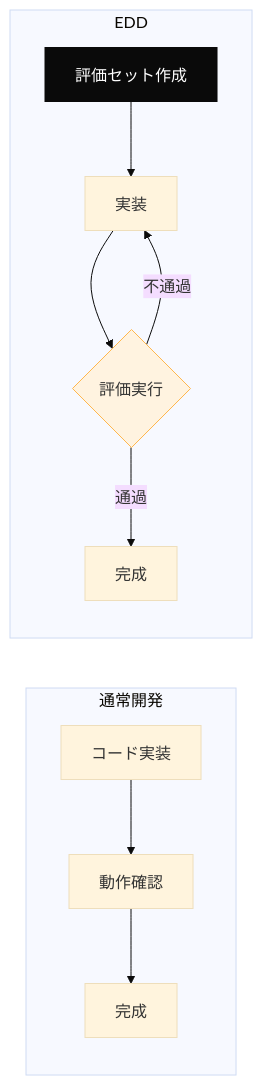
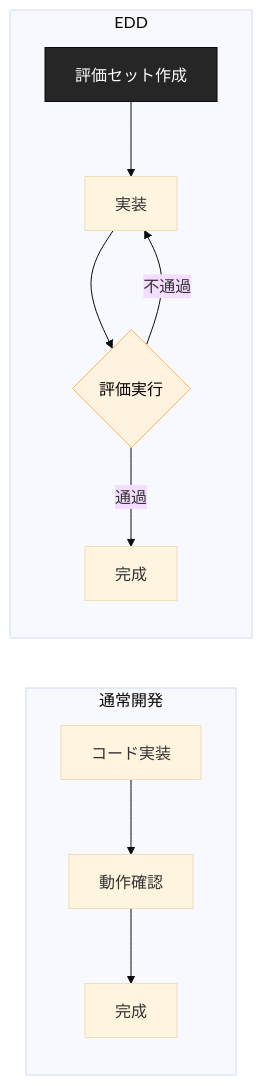
One commit to dinekt/dinekt-wiki changed the first of 2 diagrams in docs/concepts/eval-driven-development-llm-機能開発は評価から始める.md. Above: the diagram before and after it, drawn with Mermaid (base theme). The commit also changed other lines of this file and 71 other files, not shown here.

First line of the commit message:
fix: mermaid readability + remove GitHub repo toolbar

````diff
--- a/docs/concepts/eval-driven-development-llm-機能開発は評価から始める.md
+++ b/docs/concepts/eval-driven-development-llm-機能開発は評価から始める.md
@@ -25,14 +25,14 @@
 ```mermaid
 flowchart LR
     subgraph 通常開発
       C1[コード実装] --> R1[動作確認] --> D1[完成]
     end
     subgraph EDD
       E[評価セット作成] --> I[実装] --> T{評価実行}
       T -->|通過| D2[完成]
       T -->|不通過| I
     end
 
-    style E fill:#0a0a0a,color:#fff,stroke:#0a0a0a
-    style T fill:#fff3e0,stroke:#ffb74d
+    style E fill:#262626,color:#fff,stroke:#0a0a0a
+    style T fill:#fff3e0,stroke:#ffb74d,color:#000
 ```
````
